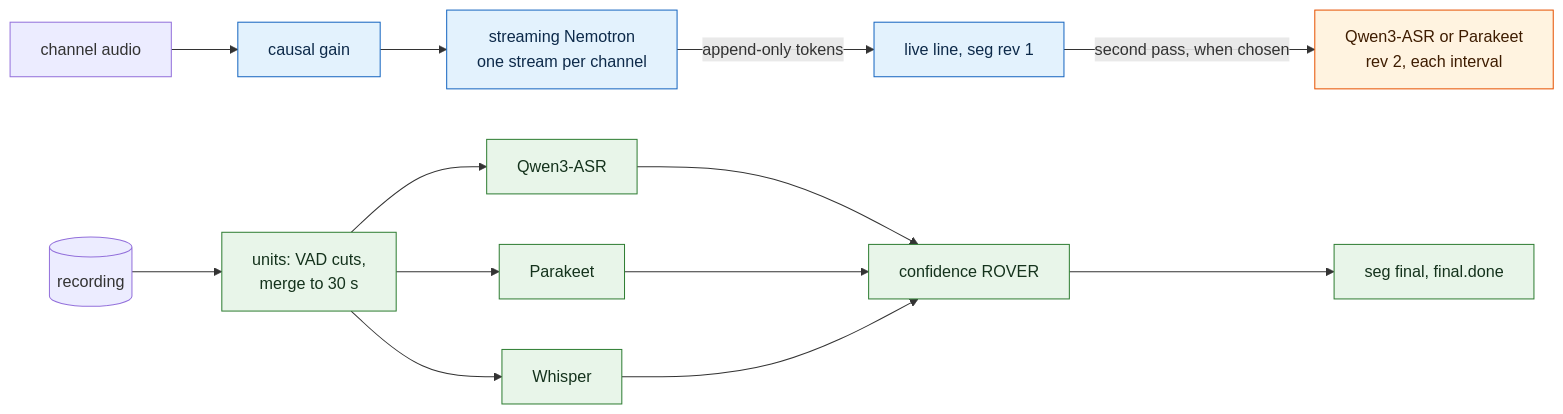
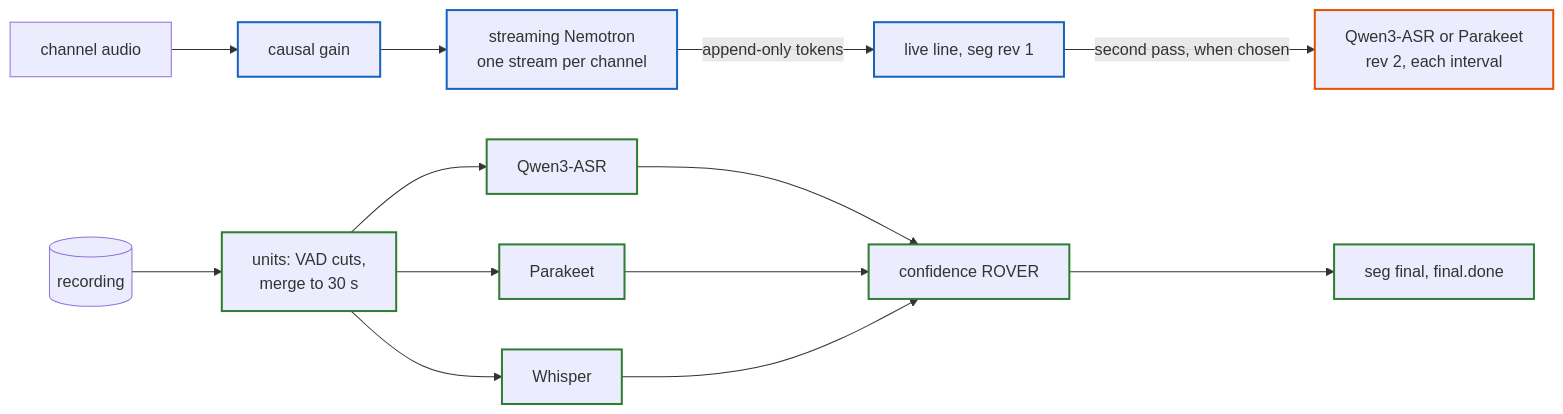
One commit to GeiserX/akou changed the diagram in docs/research/asr-architecture.md. Above: the diagram before and after it, drawn with Mermaid. The commit also changed 7 other files, not shown here.

First line of the commit message:
docs: make every diagram readable in the dark theme (#230)

````diff
--- a/docs/research/asr-architecture.md
+++ b/docs/research/asr-architecture.md
@@ -20,18 +20,18 @@
 ```mermaid
 flowchart LR
-  classDef live fill:#e3f2fd,stroke:#1565c0,color:#0d2a4a
-  classDef up fill:#fff3e0,stroke:#e65100,color:#3e1c00
-  classDef final fill:#e8f5e9,stroke:#2e7d32,color:#14321c
+  classDef live stroke:#1565c0,stroke-width:2px
+  classDef up stroke:#e65100,stroke-width:2px
+  classDef final stroke:#2e7d32,stroke-width:2px
 
   Mic["channel audio"] --> AGC["causal gain"]:::live --> Str["streaming Nemotron<br/>one stream per channel"]:::live
   Str -->|"append-only tokens"| Line["live line, seg rev 1"]:::live
   Line -->|"second pass, when chosen"| RQ["Qwen3-ASR or Parakeet<br/>rev 2, each interval"]:::up
   Rec[("recording")] --> Units["units: VAD cuts,<br/>merge to 30 s"]:::final
   Units --> Q["Qwen3-ASR"]:::final
   Units --> P["Parakeet"]:::final
   Units --> W["Whisper"]:::final
   Q --> Rov["confidence ROVER"]:::final
   P --> Rov
   W --> Rov
   Rov --> Fin["seg final, final.done"]:::final
 ```
````
